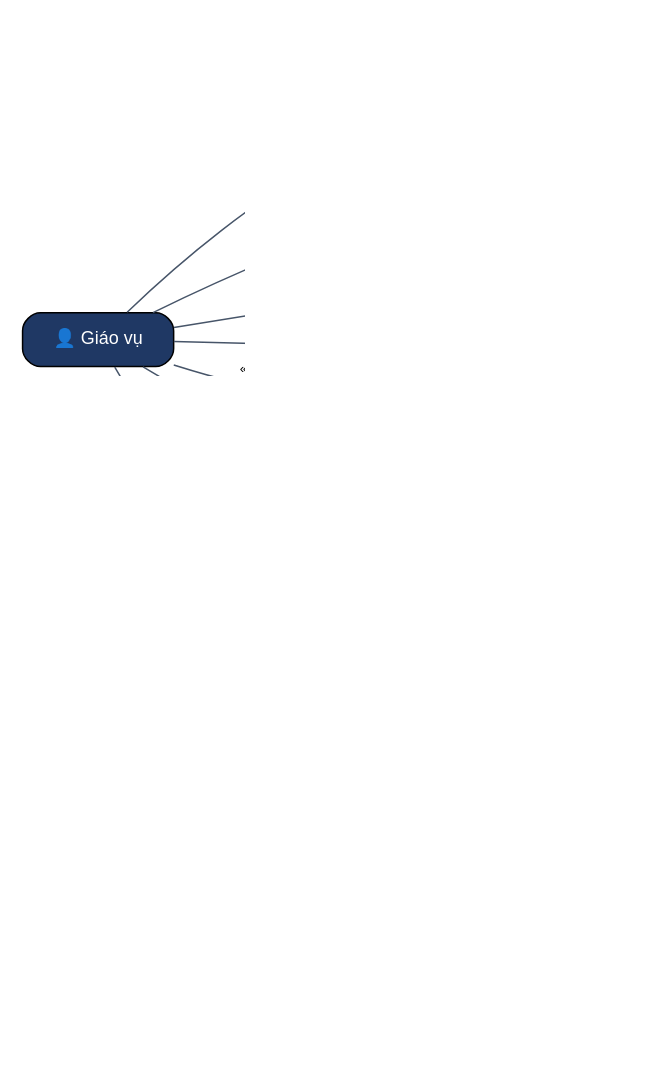
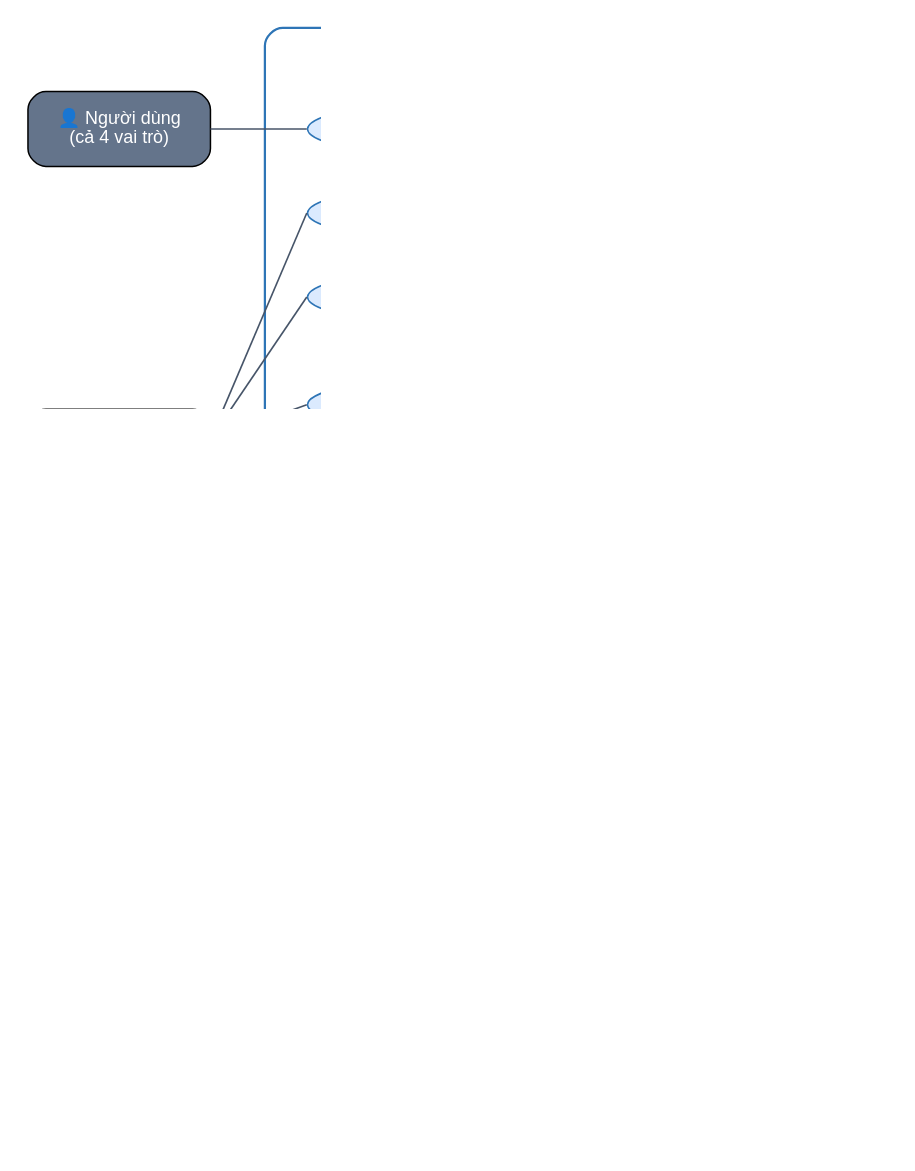
One commit to nhutruong-uit/imcp changed the diagram in docs/report/diagrams/usecase.dot. Above: the diagram before and after it, drawn with Graphviz. The commit also changed 23 other files, not shown here.

First line of the commit message:
docs(report): unify font sizes, shorten captions and redraw the diagrams

```diff
--- a/docs/report/diagrams/usecase.dot
+++ b/docs/report/diagrams/usecase.dot
@@ -1,32 +1,50 @@
-// Sơ đồ use case tổng quát
-digraph UC {
-  graph [rankdir=LR, fontname="Arial", dpi=220, pad=0.2, nodesep=0.25, ranksep=1.2];
-  node  [fontname="Arial", fontsize=12];
-  edge  [color="#475569", arrowhead=none];
+// Sơ đồ use case tổng quát. Vị trí các nút được ghim (layout=neato, pos="x,y!", đơn vị inch) để các đường nối
+// thẳng và không cắt nhau: một cột use case, Giáo vụ + Kế toán bên trái, Quản lý + Giáo viên bên phải.
+// Vẽ lại bằng lệnh quen thuộc: dot -Tpng usecase.dot -o ../images/diagrams/usecase.png (dot đọc layout=neato).
+// Thứ tự use case (hàng 0-12 từ trên xuống) giữ các use case của cùng một vai trò đứng liền nhau:
+//   Giáo vụ: hàng 1-6 | Kế toán: hàng 6-9 | Quản lý: hàng 6-8 và 10 | Giáo viên: hàng 11-12
+graph UC {
+  layout=neato; overlap=true; splines=line; dpi=220; pad=0.25;
+  node [fontname="Arial", fontsize=12];
+  edge [color="#475569", penwidth=1.1];
 
-  node [shape=box, style="rounded,filled", fillcolor="#1F3864", fontcolor="white", width=1.4];
-  QL [label="👤 Quản lý"]; GVU [label="👤 Giáo vụ"]; KT [label="👤 Kế toán"]; GV [label="👤 Giáo viên"];
+  // Khung ranh giới hệ thống (vẽ trước để nằm dưới các use case)
+  SYS [shape=box, style="rounded", color="#2E75B6", penwidth=1.5, label=<<B>Hệ thống QLTTTA</B>>, fontsize=14,
+       labelloc=t, fixedsize=true, width=4.2, height=11.1, pos="3.55,4.75!"];
 
-  subgraph cluster_sys {
-    label="Hệ thống QLTTTA"; fontsize=14; fontname="Arial Bold"; style="rounded"; color="#2E75B6"; penwidth=1.5;
-    node [shape=ellipse, style=filled, fillcolor="#DBEAFE", color="#2E75B6", fontcolor="#0F172A", width=2.6];
-    uc0 [label="Đăng nhập / đổi mật khẩu"];
-    uc1 [label="Quản lý học viên"];
-    uc2 [label="Kiểm tra đầu vào"];
-    uc3 [label="Mở lớp, xếp lịch, sinh buổi học"];
-    uc4 [label="Ghi danh / chuyển lớp / bảo lưu"];
-    uc5 [label="Thu học phí, in biên lai"];
-    uc6 [label="Theo dõi công nợ, doanh thu"];
-    uc7 [label="Điểm danh, ghi nội dung buổi"];
-    uc8 [label="Nhập điểm thành phần"];
-    uc9 [label="Xét kết quả, cấp chứng nhận"];
-    uc10 [label="Chốt lương giáo viên"];
-    uc11 [label="Báo cáo thống kê (PDF/Excel)"];
-    uc12 [label="Quản trị tài khoản, sao lưu"];
-  }
-  QL -> {uc0 uc6 uc11 uc12 uc10};
-  GVU -> {uc0 uc1 uc2 uc3 uc4 uc9 uc11};
-  KT -> {uc0 uc5 uc6 uc10 uc11};
-  GV -> {uc0 uc7 uc8};
-  uc4 -> uc2 [constraint=false, style=dashed, arrowhead=vee, label="«include»", fontsize=9, fontname="Arial"];
+  // Tác nhân
+  node [shape=box, style="rounded,filled", fillcolor="#1F3864", fontcolor="white", fixedsize=true, width=1.7, height=0.55];
+  ALL [label="👤 Người dùng\n(cả 4 vai trò)", fillcolor="#64748B", height=0.7, pos="0.1,9.36!"];
+  GVU [label="👤 Giáo vụ",  pos="0.1,6.48!"];
+  KT  [label="👤 Kế toán",  pos="0.1,3.29!"];
+  QL  [label="👤 Quản lý",  pos="7.0,3.10!"];
+  GV  [label="👤 Giáo viên", pos="7.0,0.17!"];
+
+  // Use case (hàng 0 ở trên cùng, mỗi hàng cách nhau 0.78 inch)
+  node [shape=ellipse, style=filled, fillcolor="#DBEAFE", color="#2E75B6", fontcolor="#0F172A", fixedsize=true,
+        width=3.4, height=0.56];
+  uc0  [label="Đăng nhập / đổi mật khẩu",         pos="3.55,9.36!"];
+  uc1  [label="Quản lý học viên",                pos="3.55,8.58!"];
+  uc2  [label="Kiểm tra đầu vào",                pos="3.55,7.80!"];
+  uc4  [label="Ghi danh / chuyển lớp / bảo lưu", pos="3.55,6.80!"];
+  uc3  [label="Mở lớp, xếp lịch, sinh buổi học", pos="3.55,6.02!"];
+  uc9  [label="Xét kết quả, cấp chứng nhận",     pos="3.55,5.24!"];
+  uc11 [label="Báo cáo thống kê (PDF/Excel)",    pos="3.55,4.46!"];
+  uc6  [label="Theo dõi công nợ, doanh thu",     pos="3.55,3.68!"];
+  uc10 [label="Chốt lương giáo viên",            pos="3.55,2.90!"];
+  uc5  [label="Thu học phí, in biên lai",        pos="3.55,2.12!"];
+  uc12 [label="Quản trị tài khoản, sao lưu",     pos="3.55,1.34!"];
+  uc7  [label="Điểm danh, ghi nội dung buổi",    pos="3.55,0.56!"];
+  uc8  [label="Nhập điểm thành phần",            pos="3.55,-0.22!"];
+
+  // Đường nối chạm điểm tây (w) / đông (e) của use case: không thể cắt ngang use case bên cạnh
+  ALL:e -- uc0:w;
+  GVU:e -- uc1:w; GVU:e -- uc2:w; GVU:e -- uc4:w; GVU:e -- uc3:w; GVU:e -- uc9:w; GVU:e -- uc11:w;
+  KT:e  -- uc11:w; KT:e -- uc6:w; KT:e -- uc10:w; KT:e -- uc5:w;
+  QL:w  -- uc11:e; QL:w -- uc6:e; QL:w -- uc10:e; QL:w -- uc12:e;
+  GV:w  -- uc7:e; GV:w -- uc8:e;
+
+  // «include»: ghi danh dùng kết quả kiểm tra đầu vào (hai use case đứng liền nhau)
+  uc4 -- uc2 [style=dashed, dir=forward, arrowhead=vee, color="#1F3864", xlabel="    «include»", fontsize=10,
+              fontname="Arial"];
 }
```
